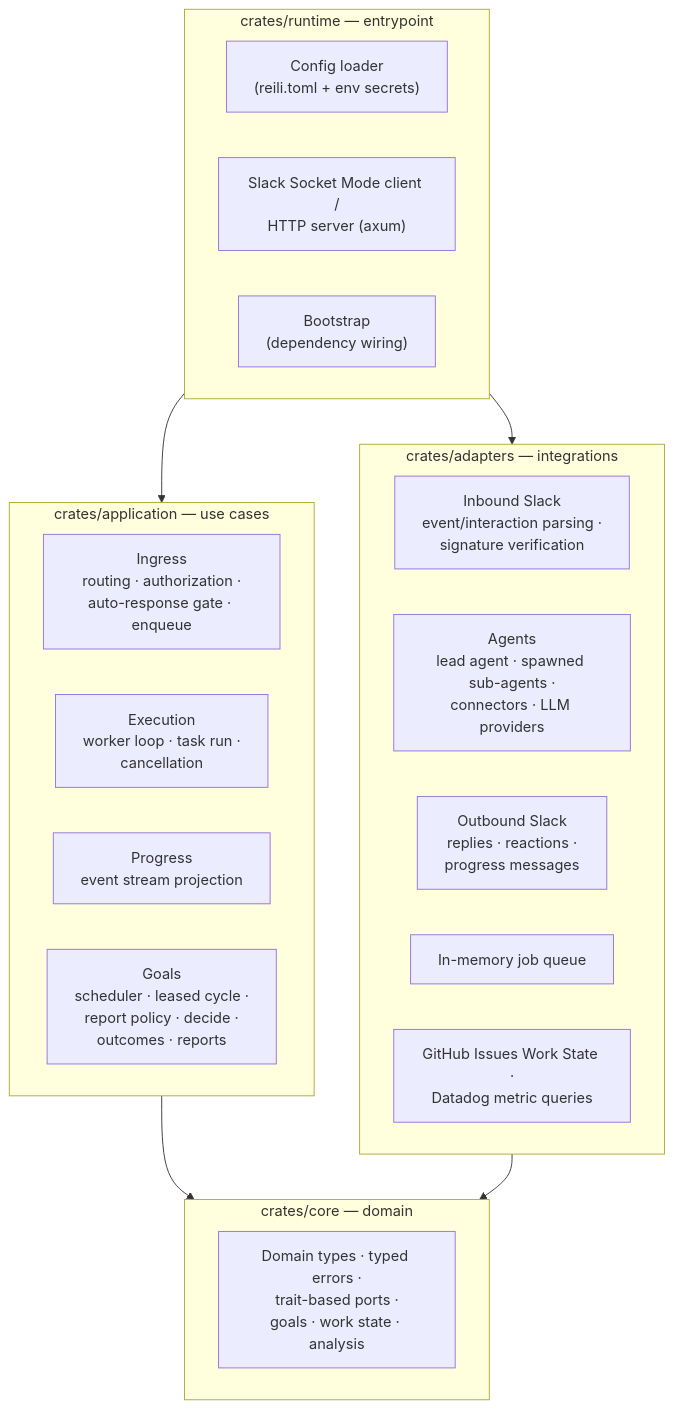
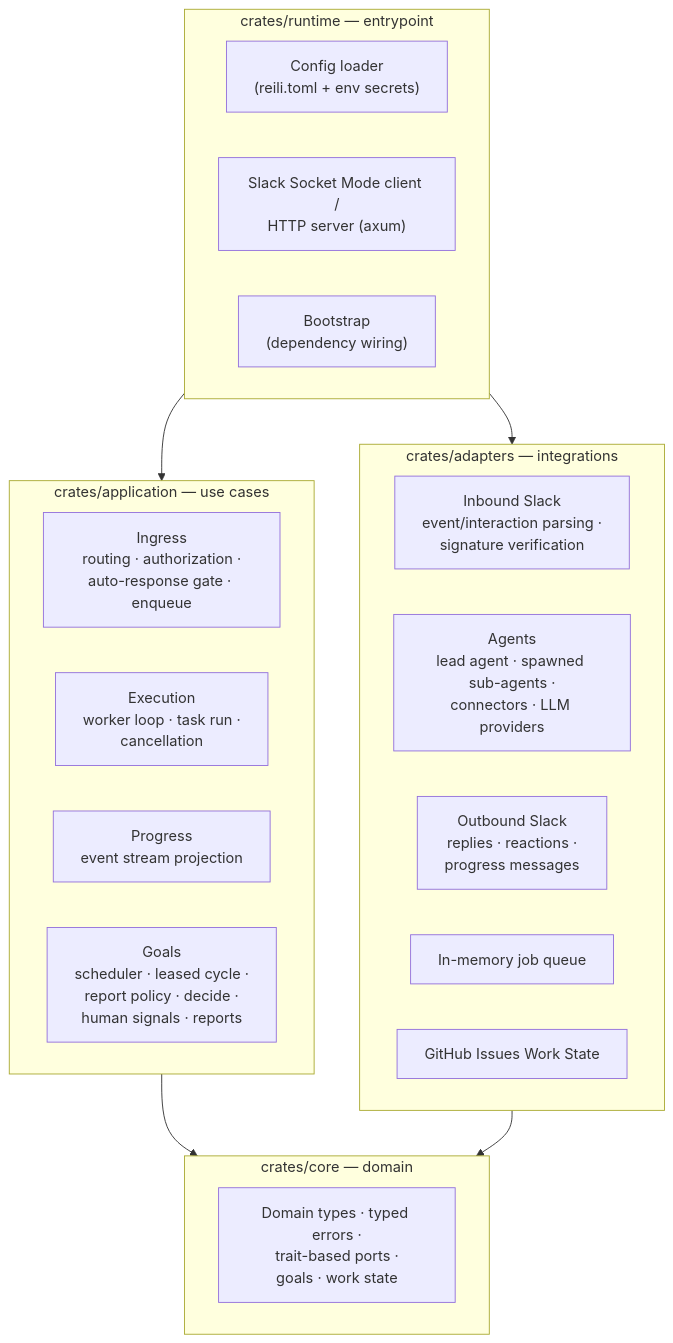
The diagram in docs/architecture.md (reilidev/reili), drawn with Mermaid before and after one commit. The commit also changed other lines of this file and 45 other files, not shown here.

````diff
--- a/docs/architecture.md
+++ b/docs/architecture.md
@@ -10,32 +10,32 @@
 ```mermaid
 flowchart TB
     subgraph runtime["crates/runtime — entrypoint"]
         CONFIG["Config loader<br/>(reili.toml + env secrets)"]
         SERVE["Slack Socket Mode client /<br/>HTTP server (axum)"]
         BOOT["Bootstrap<br/>(dependency wiring)"]
     end
 
     subgraph application["crates/application — use cases"]
         INGRESS["Ingress<br/>routing · authorization ·<br/>auto-response gate · enqueue"]
         EXEC["Execution<br/>worker loop · task run ·<br/>cancellation"]
         PROGRESS["Progress<br/>event stream projection"]
-        GOAL["Goals<br/>scheduler · leased cycle ·<br/>report policy · decide ·<br/>outcomes · reports"]
+        GOAL["Goals<br/>scheduler · leased cycle ·<br/>report policy · decide ·<br/>human signals · reports"]
     end
 
     subgraph adapters["crates/adapters — integrations"]
         INBOUND["Inbound Slack<br/>event/interaction parsing ·<br/>signature verification"]
         AGENTS["Agents<br/>lead agent · spawned sub-agents ·<br/>connectors · LLM providers"]
         OUTBOUND["Outbound Slack<br/>replies · reactions ·<br/>progress messages"]
         QUEUE["In-memory job queue"]
-        WORK["GitHub Issues Work State ·<br/>Datadog metric queries"]
+        WORK["GitHub Issues Work State"]
     end
 
     subgraph core["crates/core — domain"]
-        DOMAIN["Domain types · typed errors ·<br/>trait-based ports ·<br/>goals · work state · analysis"]
+        DOMAIN["Domain types · typed errors ·<br/>trait-based ports ·<br/>goals · work state"]
     end
 
     runtime --> application
     runtime --> adapters
     application --> core
     adapters --> core
 ```
````
